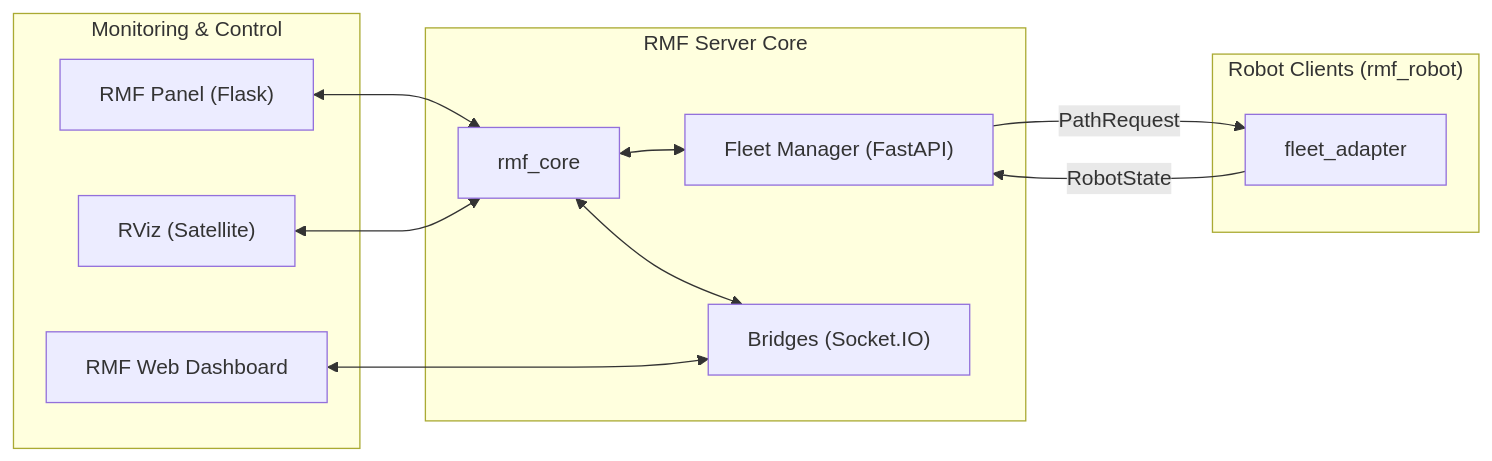
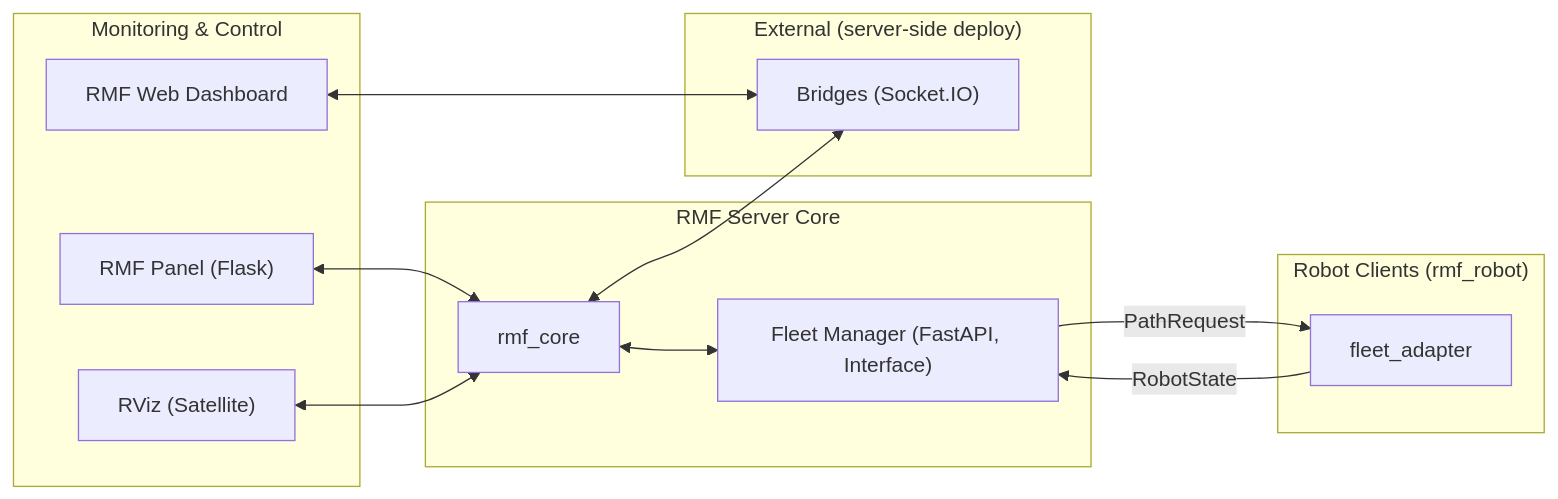
The diagram in README.md (DeveloperKSH/Open-RMF_Server), drawn with Mermaid before and after one commit. The commit also changed other lines of this file, not shown here.

````diff
--- a/README.md
+++ b/README.md
@@ -63,34 +60,40 @@
 ```mermaid
 flowchart LR
-  %% ===== Server Core =====
+  %% ----- Server Core -----
   subgraph Core["RMF Server Core"]
     rmfcore["rmf_core"]
-    fm["Fleet Manager (FastAPI)"]
+    fm["Fleet Manager (FastAPI, Interface)"]
+  end
+
+  %% ----- External (robot viewpoint) -----
+  subgraph Ext["External (server-side deploy)"]
     bridge["Bridges (Socket.IO)"]
   end
 
-  %% ===== Monitoring & Control =====
+  %% ----- Monitoring -----
   subgraph Mon["Monitoring & Control"]
     dash["RMF Web Dashboard"]
     panel["RMF Panel (Flask)"]
     rviz["RViz (Satellite)"]
   end
 
-  %% ===== Robot Clients =====
+  %% ----- Robot Clients -----
   subgraph Clients["Robot Clients (rmf_robot)"]
     adapter["fleet_adapter"]
   end
 
   %% Server internals
   rmfcore <--> fm
+
+  %% Core ↔ External
   rmfcore <--> bridge
 
-  %% Monitoring paths (간결/일관)
-  dash <--> bridge        
-  panel <--> rmfcore      
-  rviz <--> rmfcore       
+  %% Monitoring
+  dash <--> bridge
+  panel <--> rmfcore
+  rviz <--> rmfcore
 
   %% Server ↔ Robot
   fm -- "PathRequest" --> adapter
   adapter -- "RobotState" --> fm
   ```
````
